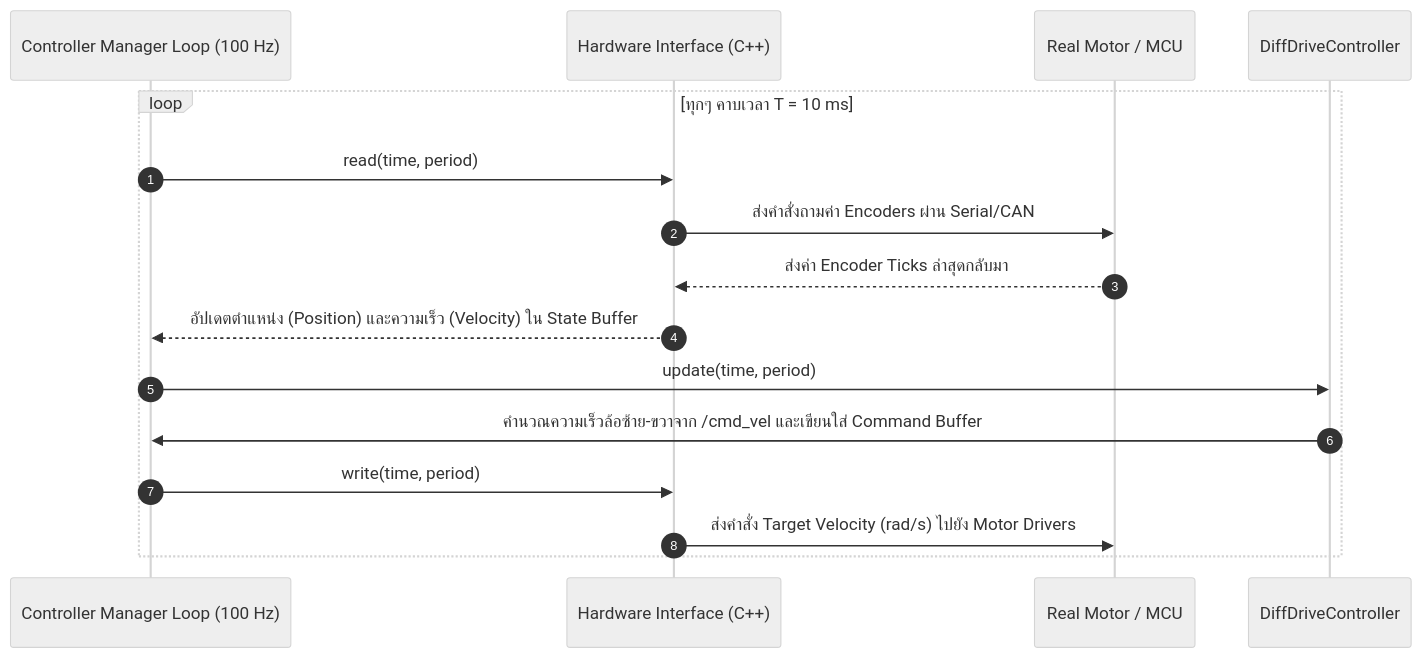
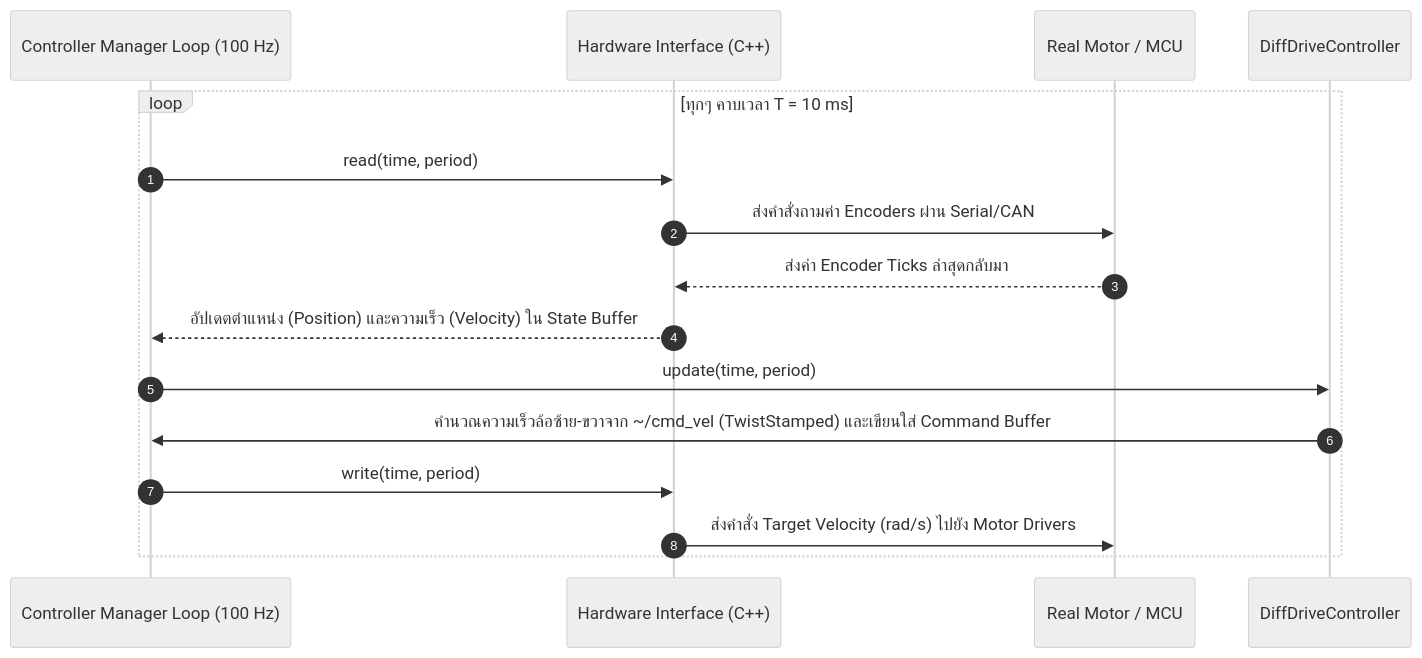
Before and after one commit to alfaXphoori/ros2: the second of 3 diagrams in Advanced_ROS/01_ros2_control_Hardware/README.md, drawn with Mermaid (neutral theme). The commit also changed other lines of this file and 425 other files, not shown here.

````diff
--- a/Advanced_ROS/01_ros2_control_Hardware/README.md
+++ b/Advanced_ROS/01_ros2_control_Hardware/README.md
@@ -61,21 +98,21 @@
 ```mermaid
 sequenceDiagram
     autonumber
     participant CM as Controller Manager Loop (100 Hz)
     participant HI as Hardware Interface (C++)
     participant MCU as Real Motor / MCU
     participant DDC as DiffDriveController
 
     loop ทุกๆ คาบเวลา T = 10 ms
         CM->>HI: read(time, period)
         HI->>MCU: ส่งคำสั่งถามค่า Encoders ผ่าน Serial/CAN
         MCU-->>HI: ส่งค่า Encoder Ticks ล่าสุดกลับมา
         HI-->>CM: อัปเดตตำแหน่ง (Position) และความเร็ว (Velocity) ใน State Buffer
         
         CM->>DDC: update(time, period)
-        DDC->>CM: คำนวณความเร็วล้อซ้าย-ขวาจาก /cmd_vel และเขียนใส่ Command Buffer
+        DDC->>CM: คำนวณความเร็วล้อซ้าย-ขวาจาก ~/cmd_vel (TwistStamped) และเขียนใส่ Command Buffer
         
         CM->>HI: write(time, period)
         HI->>MCU: ส่งคำสั่ง Target Velocity (rad/s) ไปยัง Motor Drivers
     end
 ```
````
